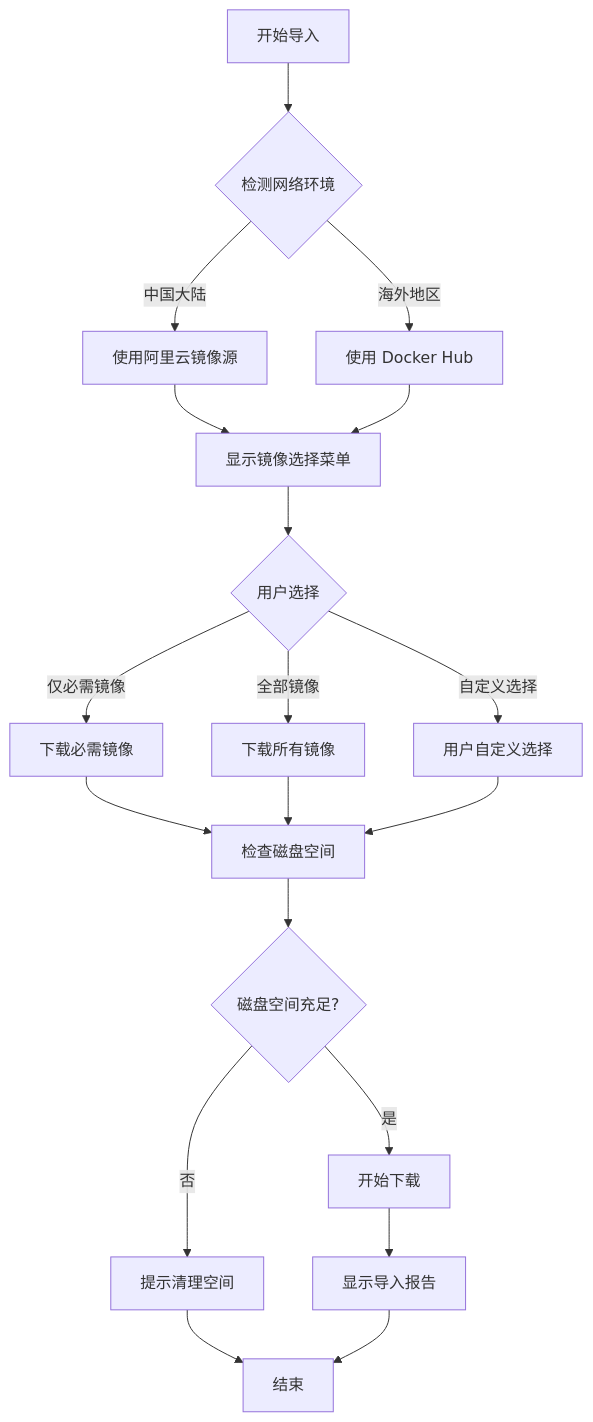
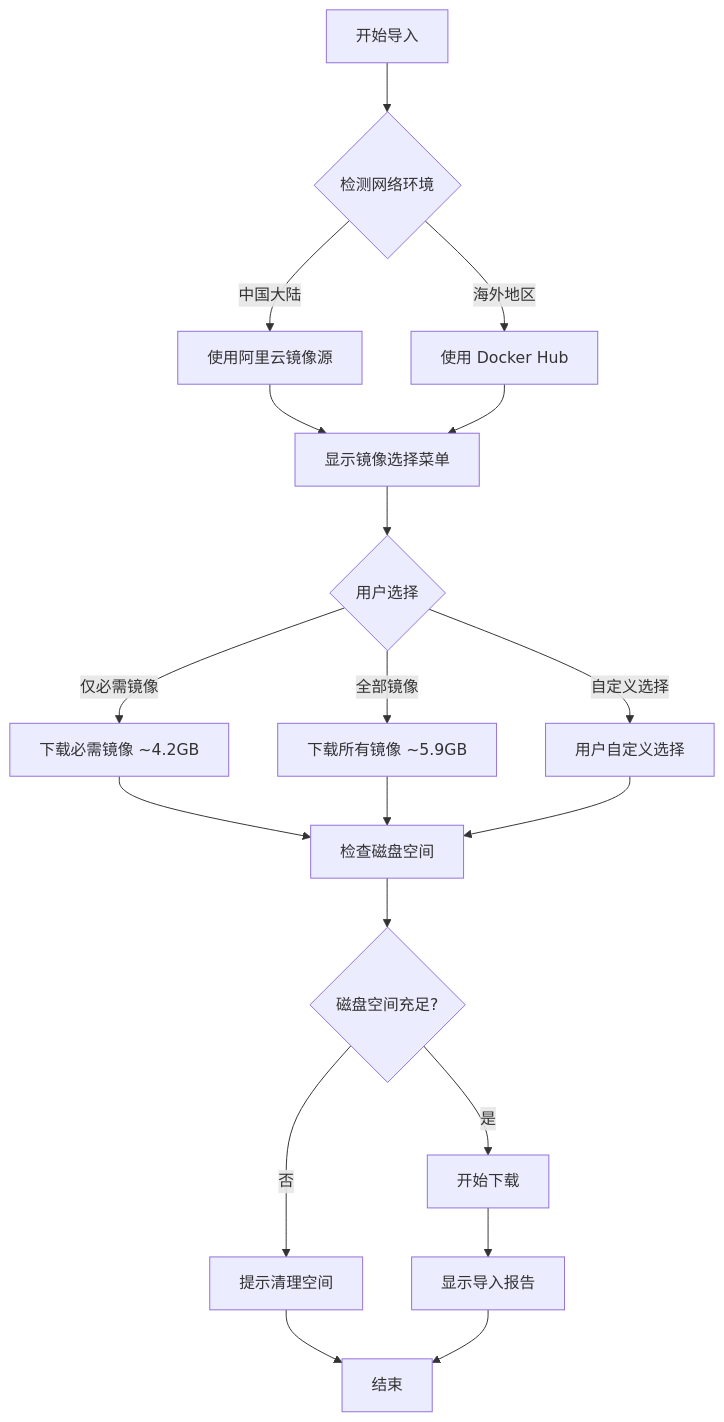
One commit to JieGaoPrinceton/NecoRAG changed the third of 6 diagrams in .qoder/repowiki/zh/content/Docker Images Guide.md. Above: the diagram before and after it, drawn with Mermaid. The commit also changed other lines of this file and 95 other files, not shown here.

````diff
--- a/.qoder/repowiki/zh/content/Docker Images Guide.md
+++ b/.qoder/repowiki/zh/content/Docker Images Guide.md
@@ -153,21 +153,21 @@
 ```mermaid
 flowchart TD
 A[开始导入] --> B{检测网络环境}
 B --> |中国大陆| C[使用阿里云镜像源]
 B --> |海外地区| D[使用 Docker Hub]
 C --> E[显示镜像选择菜单]
 D --> E
 E --> F{用户选择}
-F --> |仅必需镜像| G[下载必需镜像]
-F --> |全部镜像| H[下载所有镜像]
+F --> |仅必需镜像| G[下载必需镜像 ~4.2GB]
+F --> |全部镜像| H[下载所有镜像 ~5.9GB]
 F --> |自定义选择| I[用户自定义选择]
 G --> J[检查磁盘空间]
 H --> J
 I --> J
 J --> K{磁盘空间充足?}
 K --> |否| L[提示清理空间]
 K --> |是| M[开始下载]
 L --> N[结束]
 M --> O[显示导入报告]
 O --> N
 ```
````
